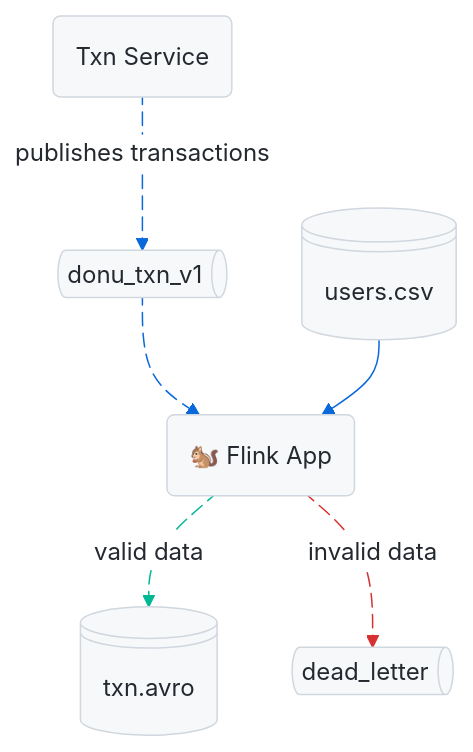
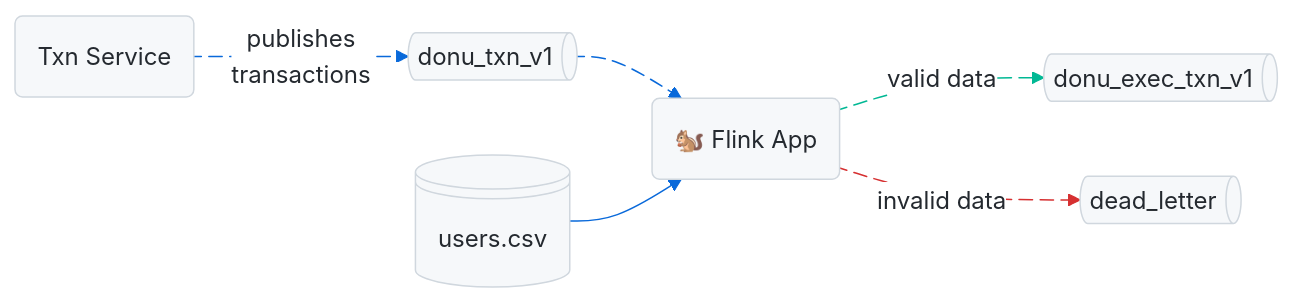
Before and after one commit to avcaliani/hello-flink: the diagram in README.md, drawn with Mermaid. The commit also changed other lines of this file and 1 other file, not shown here.

Commit message:
wip: Publising valid transactions.

````diff
--- a/README.md
+++ b/README.md
@@ -53,49 +53,49 @@
 ```mermaid
 ---
 config:
   theme: 'base'
   themeVariables:
     primaryColor: '#f6f8fa'
     primaryTextColor: '#24292f'
     primaryBorderColor: '#d0d7de'
     lineColor: '#0969da'
     secondaryColor: '#afb8c1'
     tertiaryColor: '#ddf4ff'
     background: '#ffffff'
     edgeLabelBackground: '#ffffff'
 ---
-graph TD
-    app_txn s01@-->|publishes transactions| q_txn_v1
+graph LR
+  app_txn s01@-->|publishes<br>transactions| q_txn_v1
 
-    q_txn_v1 s02@--> app_flink
-    st_user --> app_flink
+  q_txn_v1 s02@--> app_flink
+  st_user --> app_flink
 
-    app_flink s03@-->|valid data| st_txn
-    app_flink s04@-->|invalid data| q_dead_letter
+  app_flink s03@-->|valid data| st_txn
+  app_flink s04@-->|invalid data| q_dead_letter
 
 %% ----------------------------------------
 %%  Style
 %% ----------------------------------------
 
 %% Applications
 app_txn@{ shape: rounded, label: "Txn Service" }
 app_flink@{ shape: rounded, label: "🐿️ Flink App" }
 
 %% Queues
 q_txn_v1@{ shape: das, label: "donu_txn_v1" }
-q_dead_letter@{ shape: das, label: "dead_letter" }
+q_dead_letter@{ shape: das, label: "dead_letter"}
 
 %% Storage
 st_user@{ shape: disk, label: "users.csv" }
-st_txn@{ shape: disk, label: "txn.avro" }
+st_txn@{ shape: das, label: "donu_exec_txn_v1" }
 
 %% Animation
 s01@{ animate: true }
 s02@{ animate: true }
 s03@{ animate: true }
 s04@{ animate: true }
 
 %% Arrow Colors
 linkStyle 3 stroke:#00b894
 linkStyle 4 stroke:#d63031
 ```
````
